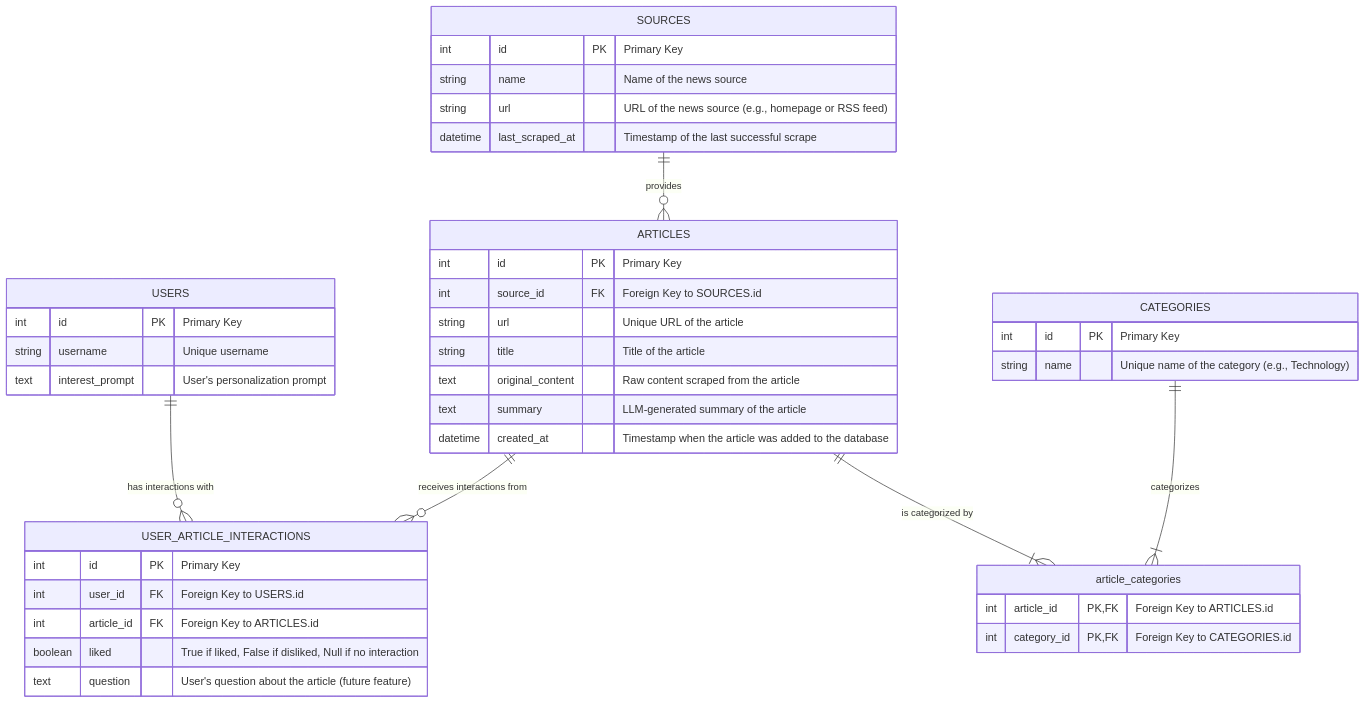
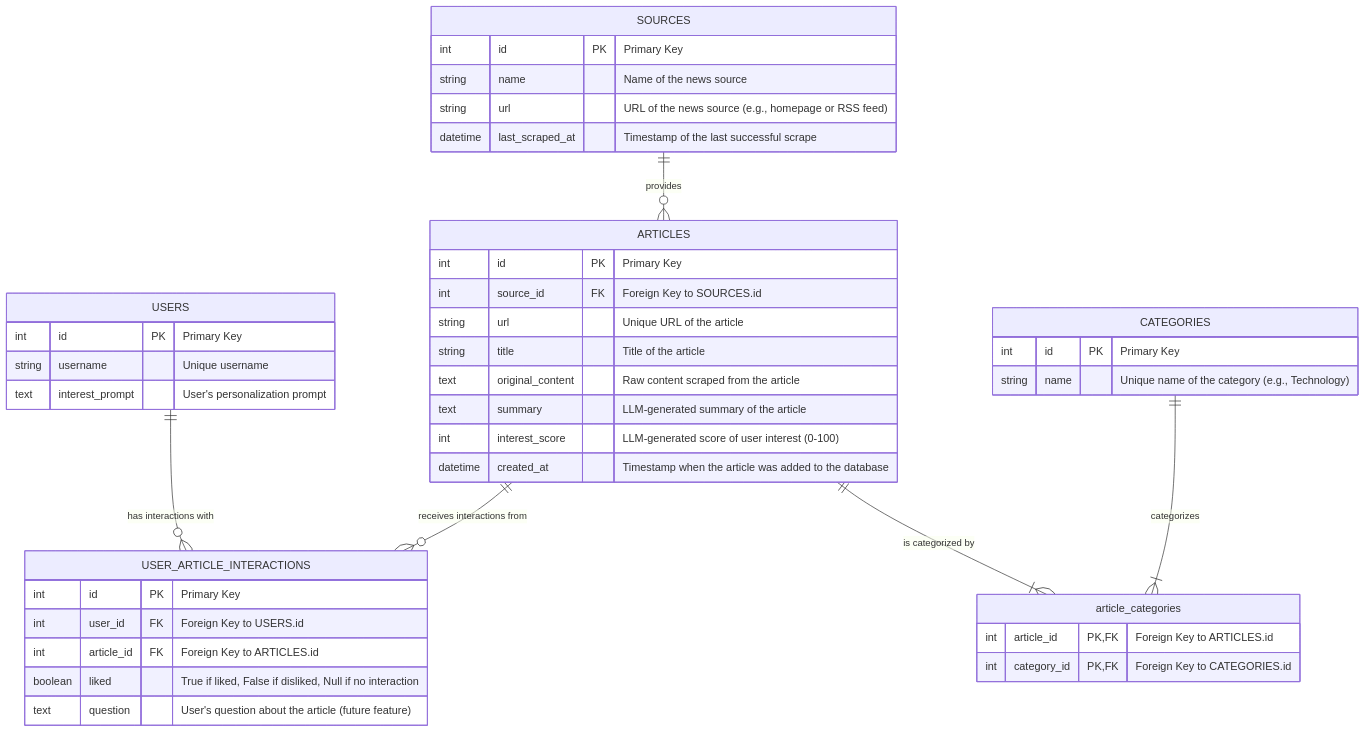
One commit to giesse/SimpleNews changed the diagram in kg/data_models/database_schema.md. Above: the diagram before and after it, drawn with Mermaid. The commit also changed other lines of this file and 16 other files, not shown here.

````diff
--- a/kg/data_models/database_schema.md
+++ b/kg/data_models/database_schema.md
@@ -7,50 +7,51 @@
 ```mermaid
 erDiagram
     USERS {
         int id PK "Primary Key"
         string username "Unique username"
         text interest_prompt "User's personalization prompt"
     }
 
     SOURCES {
         int id PK "Primary Key"
         string name "Name of the news source"
         string url "URL of the news source (e.g., homepage or RSS feed)"
         datetime last_scraped_at "Timestamp of the last successful scrape"
     }
 
     ARTICLES {
         int id PK "Primary Key"
         int source_id FK "Foreign Key to SOURCES.id"
         string url "Unique URL of the article"
         string title "Title of the article"
         text original_content "Raw content scraped from the article"
         text summary "LLM-generated summary of the article"
+        int interest_score "LLM-generated score of user interest (0-100)"
         datetime created_at "Timestamp when the article was added to the database"
     }
 
     CATEGORIES {
         int id PK "Primary Key"
         string name "Unique name of the category (e.g., Technology)"
     }
 
     USER_ARTICLE_INTERACTIONS {
         int id PK "Primary Key"
         int user_id FK "Foreign Key to USERS.id"
         int article_id FK "Foreign Key to ARTICLES.id"
         boolean liked "True if liked, False if disliked, Null if no interaction"
         text question "User's question about the article (future feature)"
     }
 
     article_categories {
         int article_id PK, FK "Foreign Key to ARTICLES.id"
         int category_id PK, FK "Foreign Key to CATEGORIES.id"
     }
 
     USERS ||--o{ USER_ARTICLE_INTERACTIONS : "has interactions with"
     ARTICLES ||--o{ USER_ARTICLE_INTERACTIONS : "receives interactions from"
     ARTICLES ||--|{ article_categories : "is categorized by"
     CATEGORIES ||--|{ article_categories : "categorizes"
     SOURCES ||--o{ ARTICLES : "provides"
 
 ```
````
